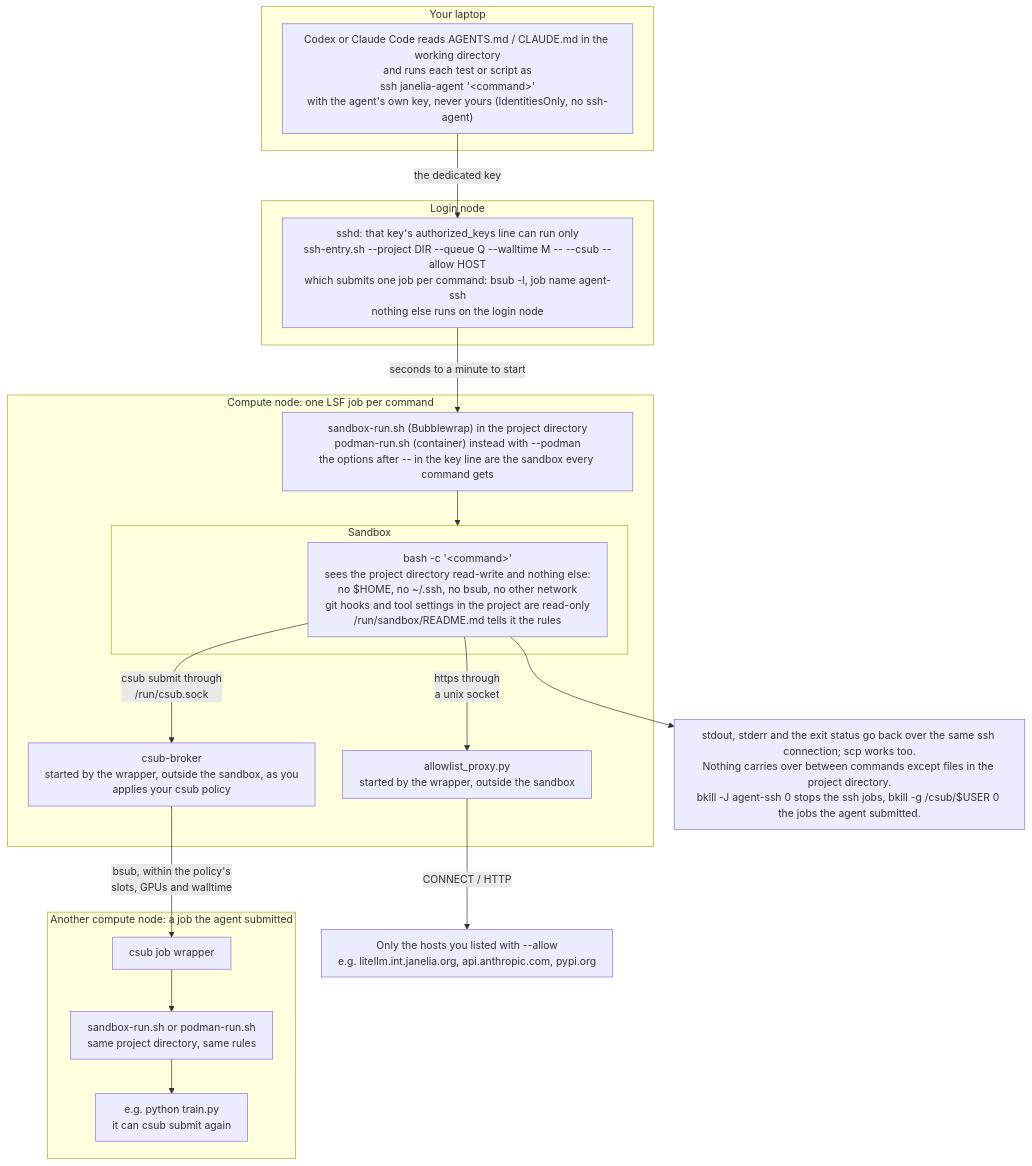
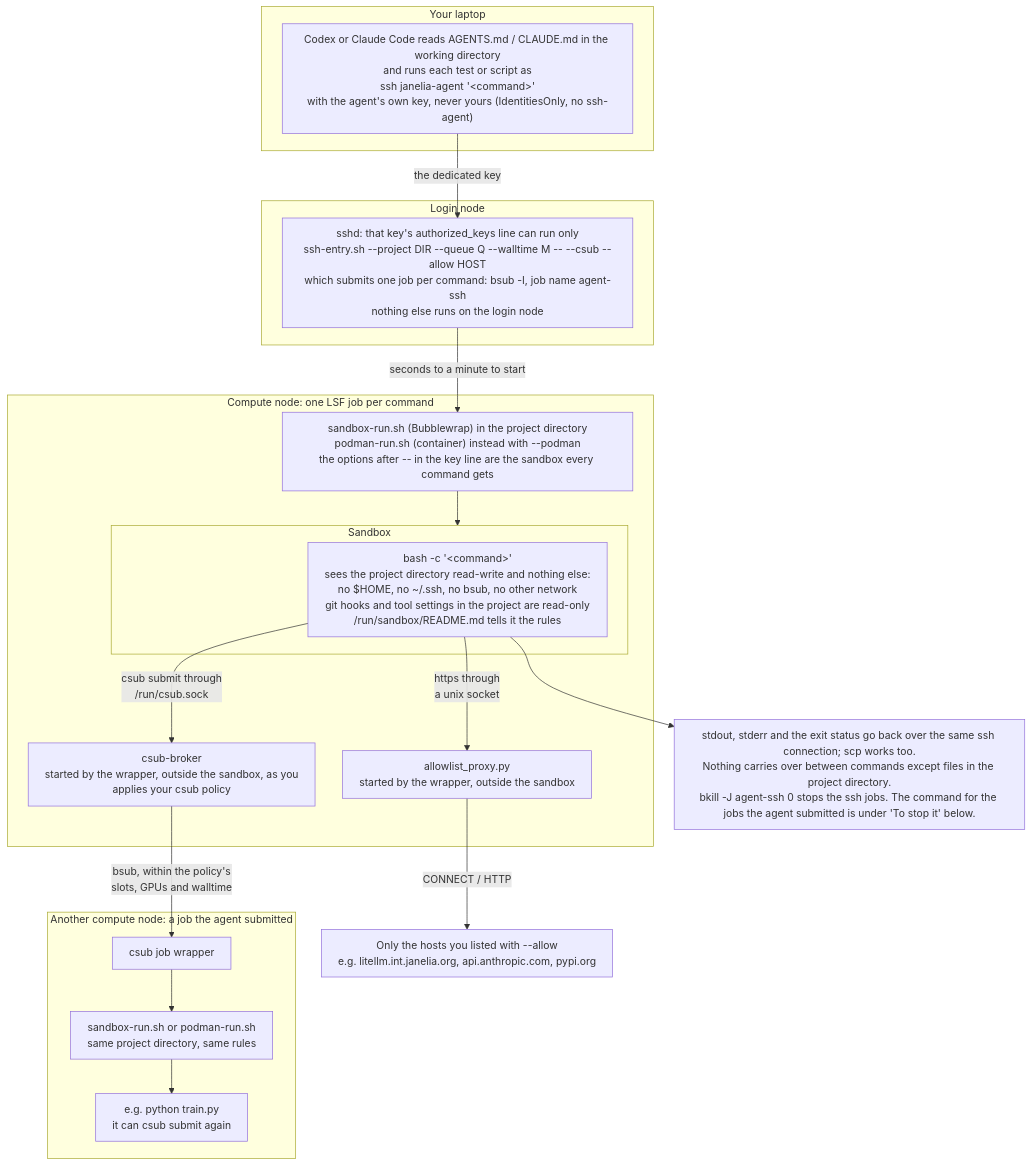
One commit to JaneliaScientificComputingSystems/agentic-sandbox changed the second of 2 diagrams in README.md. Above: the diagram before and after it, drawn with Mermaid. The commit also changed other lines of this file and 3 other files, not shown here.

````diff
--- a/README.md
+++ b/README.md
@@ -329,40 +330,40 @@
 ```mermaid
 %%{init: {"flowchart": {"wrappingWidth": 460, "htmlLabels": true, "padding": 12, "nodeSpacing": 40, "rankSpacing": 50}, "themeVariables": {"fontSize": "15px"}}}%%
 flowchart TB
     subgraph mac["Your laptop"]
         harness["Codex or Claude Code reads AGENTS.md / CLAUDE.md in the working directory<br/>and runs each test or script as<br/>ssh janelia-agent '&lt;command&gt;'<br/>with the agent's own key, never yours (IdentitiesOnly, no ssh-agent)"]
     end
 
     subgraph login["Login node"]
         sshd["sshd: that key's authorized_keys line can run only<br/>ssh-entry.sh --project DIR --queue Q --walltime M -- --csub --allow HOST<br/>which submits one job per command: bsub -I, job name agent-ssh<br/>nothing else runs on the login node"]
     end
 
     subgraph node["Compute node: one LSF job per command"]
         wrapper["sandbox-run.sh (Bubblewrap) in the project directory<br/>podman-run.sh (container) instead with --podman<br/>the options after -- in the key line are the sandbox every command gets"]
         subgraph sb["Sandbox"]
             cmd["bash -c '&lt;command&gt;'<br/>sees the project directory read-write and nothing else:<br/>no $HOME, no ~/.ssh, no bsub, no other network<br/>git hooks and tool settings in the project are read-only<br/>/run/sandbox/README.md tells it the rules"]
         end
         proxy["allowlist_proxy.py<br/>started by the wrapper, outside the sandbox"]
         broker["csub-broker<br/>started by the wrapper, outside the sandbox, as you<br/>applies your csub policy"]
         wrapper --> sb
         cmd -->|"https through<br/>a unix socket"| proxy
         cmd -->|"csub submit through<br/>/run/csub.sock"| broker
     end
 
     hosts["Only the hosts you listed with --allow<br/>e.g. litellm.int.janelia.org, api.anthropic.com, pypi.org"]
 
     subgraph child["Another compute node: a job the agent submitted"]
         cw["csub job wrapper"]
         cs["sandbox-run.sh or podman-run.sh<br/>same project directory, same rules"]
         job["e.g. python train.py<br/>it can csub submit again"]
         cw --> cs --> job
     end
 
-    back["stdout, stderr and the exit status go back over the same ssh connection; scp works too.<br/>Nothing carries over between commands except files in the project directory.<br/>bkill -J agent-ssh 0 stops the ssh jobs, bkill -g /csub/$USER 0 the jobs the agent submitted."]
+    back["stdout, stderr and the exit status go back over the same ssh connection; scp works too.<br/>Nothing carries over between commands except files in the project directory.<br/>bkill -J agent-ssh 0 stops the ssh jobs. The command for the jobs the agent submitted is under 'To stop it' below."]
 
     harness -->|"the dedicated key"| sshd
     sshd -->|"seconds to a minute to start"| wrapper
     proxy -->|"CONNECT / HTTP"| hosts
     broker -->|"bsub, within the policy's<br/>slots, GPUs and walltime"| cw
     cmd --> back
 ```
````
